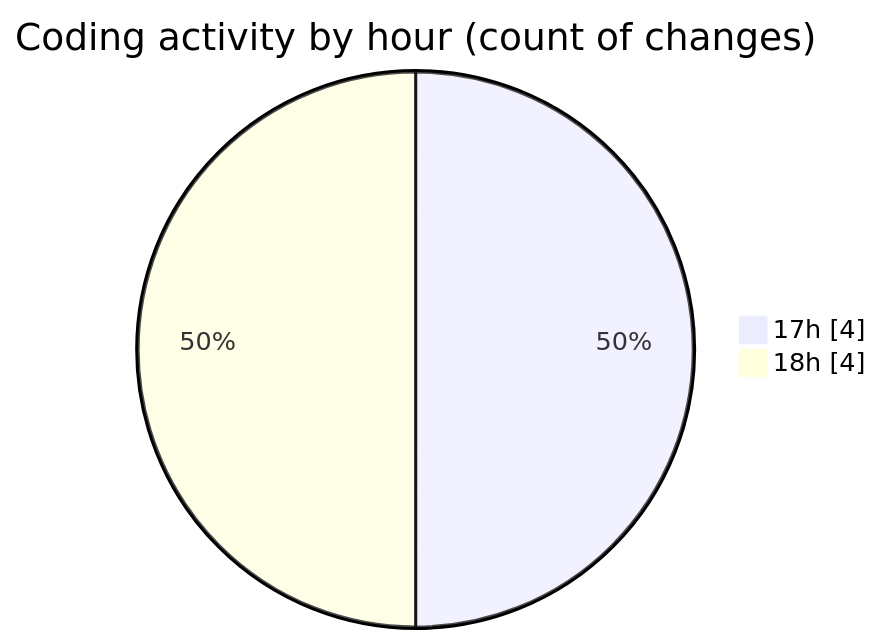
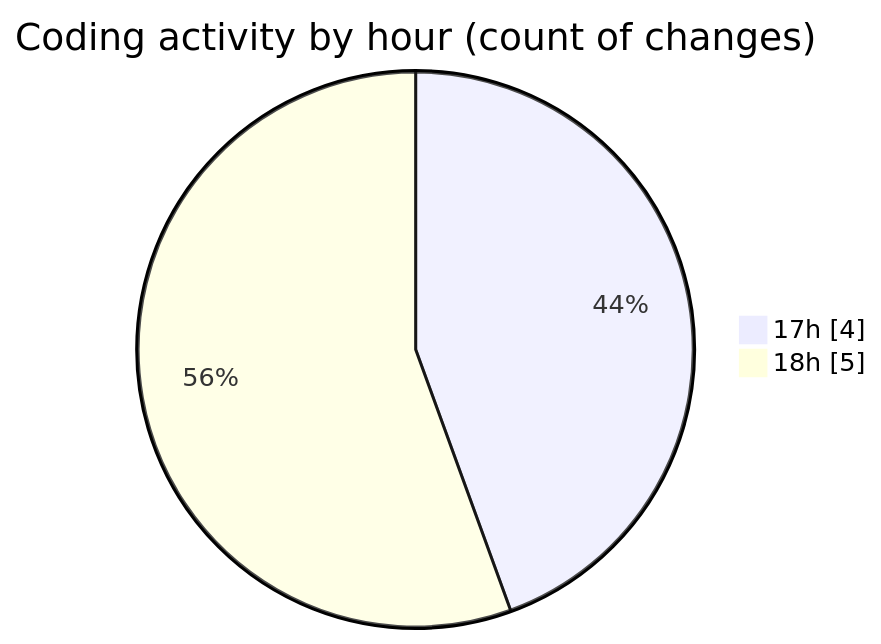
Before and after one commit to robertbonfada/code-tracking: the second of 2 diagrams in 2025-02-10/termonied-web/README.md, drawn with Mermaid. The commit also changed other lines of this file and 1 other file, not shown here.

````diff
--- a/2025-02-10/termonied-web/README.md
+++ b/2025-02-10/termonied-web/README.md
@@ -32,6 +33,6 @@
 ```mermaid
 pie showData
 title Coding activity by hour (count of changes)
 "17h" : 4
-"18h" : 4
+"18h" : 5
 ```
````
